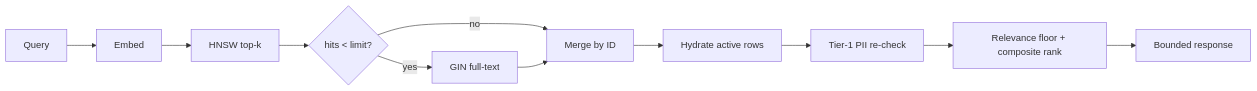
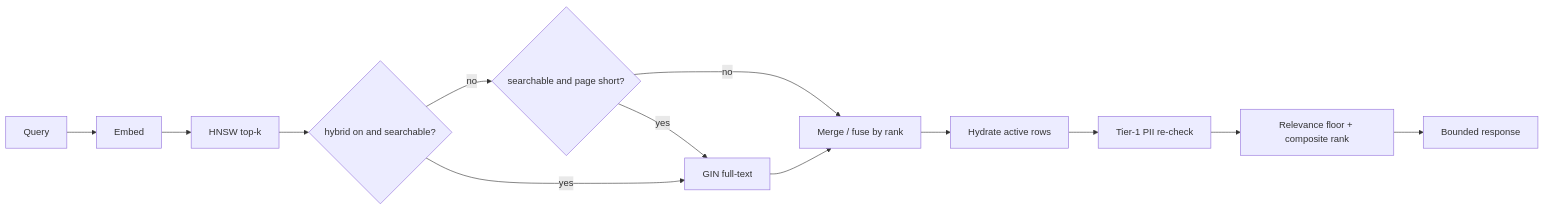
One commit to Rick1330/ibex-harness changed the diagram in site/content/docs/05.memory/03.search-and-lifecycle.md. Above: the diagram before and after it, drawn with Mermaid. The commit also changed other lines of this file and 15 other files, not shown here.

First line of the commit message:
feat(memory): fuse parallel sparse and dense retrieval with RRF (#1097)

````diff
--- a/site/content/docs/05.memory/03.search-and-lifecycle.md
+++ b/site/content/docs/05.memory/03.search-and-lifecycle.md
@@ -48,13 +48,15 @@
 ```mermaid
 flowchart LR
   Q["Query"] --> Embed["Embed"]
   Embed --> ANN["HNSW top-k"]
-  ANN --> Sparse{"hits < limit?"}
+  ANN --> Mode{"hybrid on and searchable?"}
+  Mode -->|no| Sparse{"searchable and page short?"}
   Sparse -->|yes| FTS["GIN full-text"]
   Sparse -->|no| Merge
-  FTS --> Merge["Merge by ID"]
+  Mode -->|yes| FTS
+  FTS --> Merge["Merge / fuse by rank"]
   Merge --> Hydrate["Hydrate active rows"]
   Hydrate --> PII["Tier-1 PII re-check"]
   PII --> Rank["Relevance floor + composite rank"]
   Rank --> Out["Bounded response"]
 ```
````
